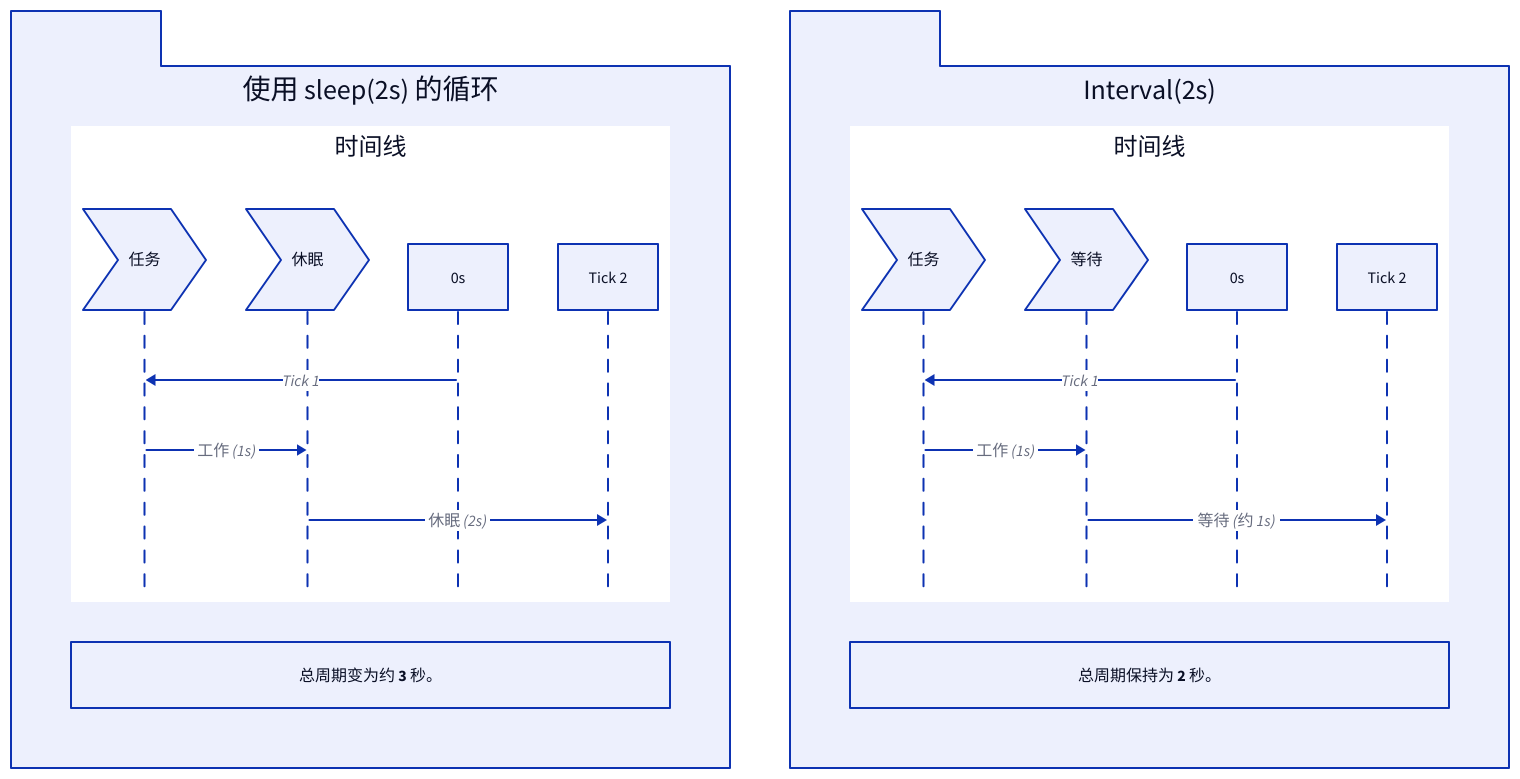
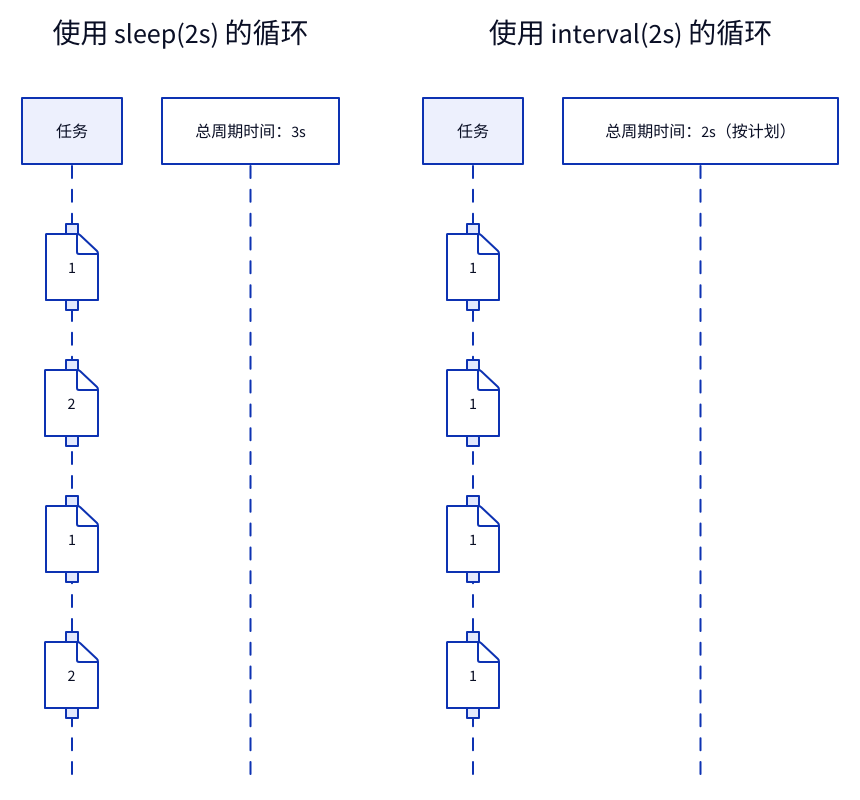
Before and after one commit to lban2049/tokio: the diagram in .aigne/doc-smith/docs/concepts-timers.zh.md, drawn with D2. The commit also changed other lines of this file and 40 other files, not shown here.

````diff
--- a/.aigne/doc-smith/docs/concepts-timers.zh.md
+++ b/.aigne/doc-smith/docs/concepts-timers.zh.md
@@ -42,37 +59,29 @@
 ```d2
 direction: down
 
 "使用 sleep(2s) 的循环": {
-  shape: package
-  grid-columns: 1
+  shape: sequence_diagram
 
-  "时间线": {
-    shape: sequence_diagram
-    "任务": {shape: step}
-    "休眠": {shape: step}
-
-    "0s" -> "任务": "Tick 1"
-    "任务" -> "休眠": "工作 (1s)"
-    "休眠" -> "3s": "休眠 (2s)"
-    "3s": "Tick 2"
+  "任务": {
+    "工作 (1s)": {lifespan: 1}
+    "sleep(2s)": {lifespan: 2}
+    "工作 (1s) ": {lifespan: 1}
+    "sleep(2s) ": {lifespan: 2}
   }
-  "总周期变为约 3 秒。"
+  
+  note over "任务": "总周期时间：3s"
 }
 
-"Interval(2s)": {
-  shape: package
-  grid-columns: 1
+"使用 interval(2s) 的循环": {
+  shape: sequence_diagram
 
-  "时间线": {
-    shape: sequence_diagram
-    "任务": {shape: step}
-    "等待": {shape: step}
+  "任务": {
+    "工作 (1s)": {lifespan: 1}
+    "tick() await (1s)": {lifespan: 1}
+    "工作 (1s) ": {lifespan: 1}
+    "tick() await (1s) ": {lifespan: 1}
+  }
 
-    "0s" -> "任务": "Tick 1"
-    "任务" -> "等待": "工作 (1s)"
-    "等待" -> "2s": "等待 (约 1s)"
-    "2s": "Tick 2"
-  }
-  "总周期保持为 2 秒。"
+  note over "任务": "总周期时间：2s（按计划）"
 }
 ```
````
